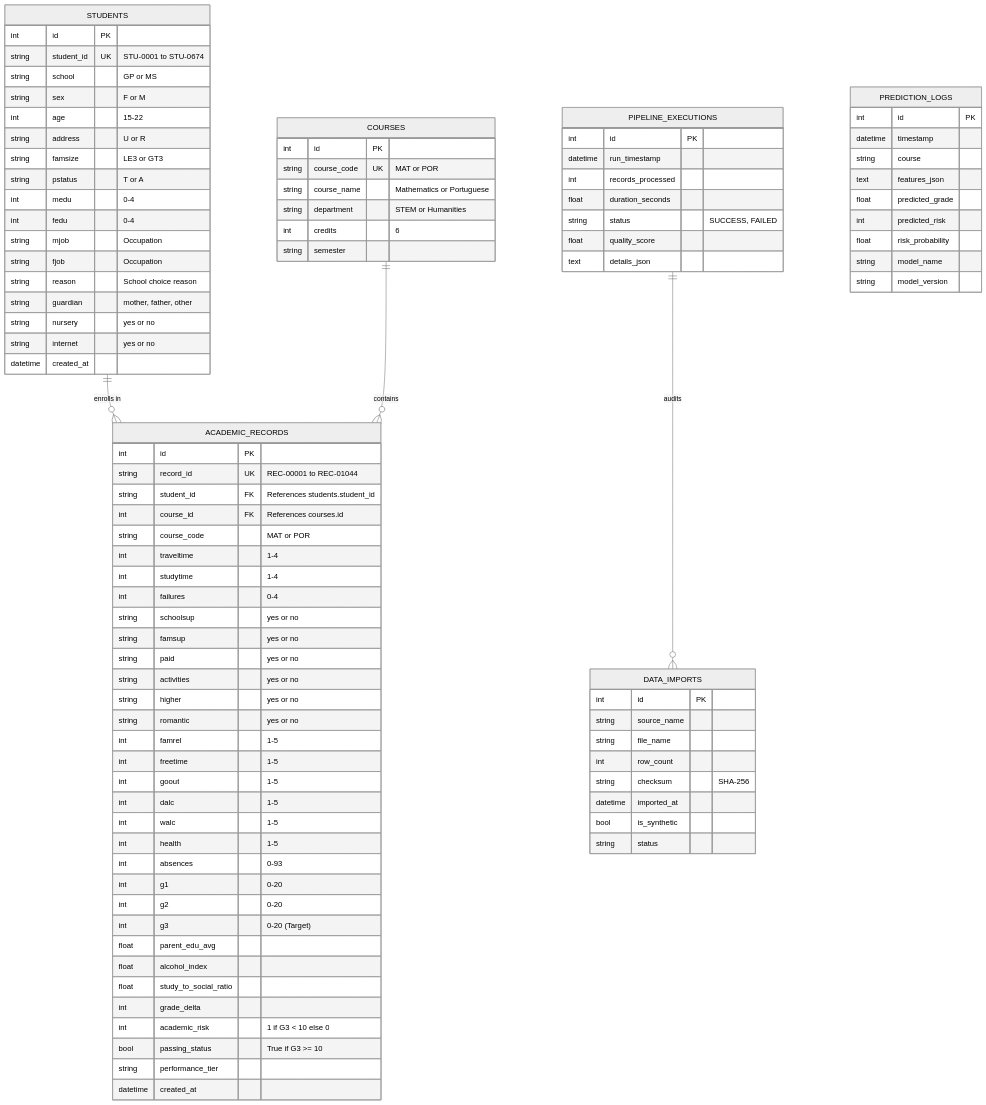
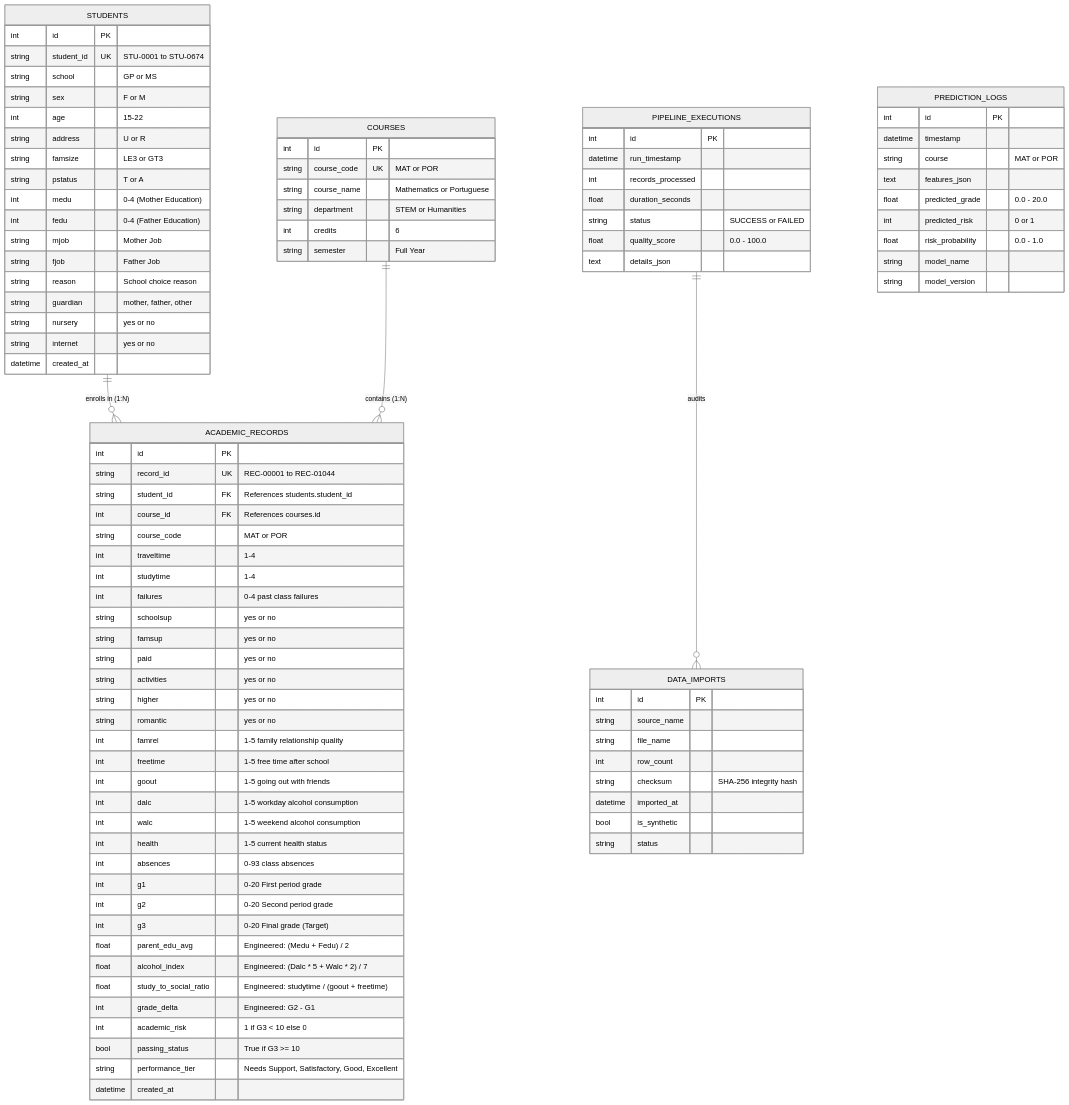
Before and after one commit to Mohammed-aichour/DataPulse: the diagram in docs/database.md, drawn with Mermaid (neutral theme). The commit also changed other lines of this file and 36 other files, not shown here.

Commit message:
feat(database): harden relational architecture, alembic migrations, pooling, and test suite

````diff
--- a/docs/database.md
+++ b/docs/database.md
@@ -5,7 +11,7 @@
 ```mermaid
 erDiagram
-    STUDENTS ||--o{ ACADEMIC_RECORDS : "enrolls in"
-    COURSES ||--o{ ACADEMIC_RECORDS : "contains"
+    STUDENTS ||--o{ ACADEMIC_RECORDS : "enrolls in (1:N)"
+    COURSES ||--o{ ACADEMIC_RECORDS : "contains (1:N)"
     PIPELINE_EXECUTIONS ||--o{ DATA_IMPORTS : "audits"
 
     STUDENTS {
@@ -17,10 +23,10 @@
         string address "U or R"
         string famsize "LE3 or GT3"
         string pstatus "T or A"
-        int medu "0-4"
-        int fedu "0-4"
-        string mjob "Occupation"
-        string fjob "Occupation"
+        int medu "0-4 (Mother Education)"
+        int fedu "0-4 (Father Education)"
+        string mjob "Mother Job"
+        string fjob "Father Job"
         string reason "School choice reason"
         string guardian "mother, father, other"
         string nursery "yes or no"
@@ -34,7 +40,7 @@
         string course_name "Mathematics or Portuguese"
         string department "STEM or Humanities"
         int credits "6"
-        string semester
+        string semester "Full Year"
     }
 
     ACADEMIC_RECORDS {
@@ -45,30 +51,30 @@
         string course_code "MAT or POR"
         int traveltime "1-4"
         int studytime "1-4"
-        int failures "0-4"
+        int failures "0-4 past class failures"
         string schoolsup "yes or no"
         string famsup "yes or no"
         string paid "yes or no"
         string activities "yes or no"
         string higher "yes or no"
         string romantic "yes or no"
-        int famrel "1-5"
-        int freetime "1-5"
-        int goout "1-5"
-        int dalc "1-5"
-        int walc "1-5"
-        int health "1-5"
-        int absences "0-93"
-        int g1 "0-20"
-        int g2 "0-20"
-        int g3 "0-20 (Target)"
-        float parent_edu_avg
-        float alcohol_index
-        float study_to_social_ratio
-        int grade_delta
+        int famrel "1-5 family relationship quality"
+        int freetime "1-5 free time after school"
+        int goout "1-5 going out with friends"
+        int dalc "1-5 workday alcohol consumption"
+        int walc "1-5 weekend alcohol consumption"
+        int health "1-5 current health status"
+        int absences "0-93 class absences"
+        int g1 "0-20 First period grade"
+        int g2 "0-20 Second period grade"
+        int g3 "0-20 Final grade (Target)"
+        float parent_edu_avg "Engineered: (Medu + Fedu) / 2"
+        float alcohol_index "Engineered: (Dalc * 5 + Walc * 2) / 7"
+        float study_to_social_ratio "Engineered: studytime / (goout + freetime)"
+        int grade_delta "Engineered: G2 - G1"
         int academic_risk "1 if G3 < 10 else 0"
         bool passing_status "True if G3 >= 10"
-        string performance_tier
+        string performance_tier "Needs Support, Satisfactory, Good, Excellent"
         datetime created_at
     }
 
@@ -77,19 +83,19 @@
         datetime run_timestamp
         int records_processed
         float duration_seconds
-        string status "SUCCESS, FAILED"
-        float quality_score
+        string status "SUCCESS or FAILED"
+        float quality_score "0.0 - 100.0"
         text details_json
     }
 
     PREDICTION_LOGS {
         int id PK
         datetime timestamp
-        string course
+        string course "MAT or POR"
         text features_json
-        float predicted_grade
-        int predicted_risk
-        float risk_probability
+        float predicted_grade "0.0 - 20.0"
+        int predicted_risk "0 or 1"
+        float risk_probability "0.0 - 1.0"
         string model_name
         string model_version
     }
@@ -99,7 +105,7 @@
         string source_name
         string file_name
         int row_count
-        string checksum "SHA-256"
+        string checksum "SHA-256 integrity hash"
         datetime imported_at
         bool is_synthetic
         string status
````
